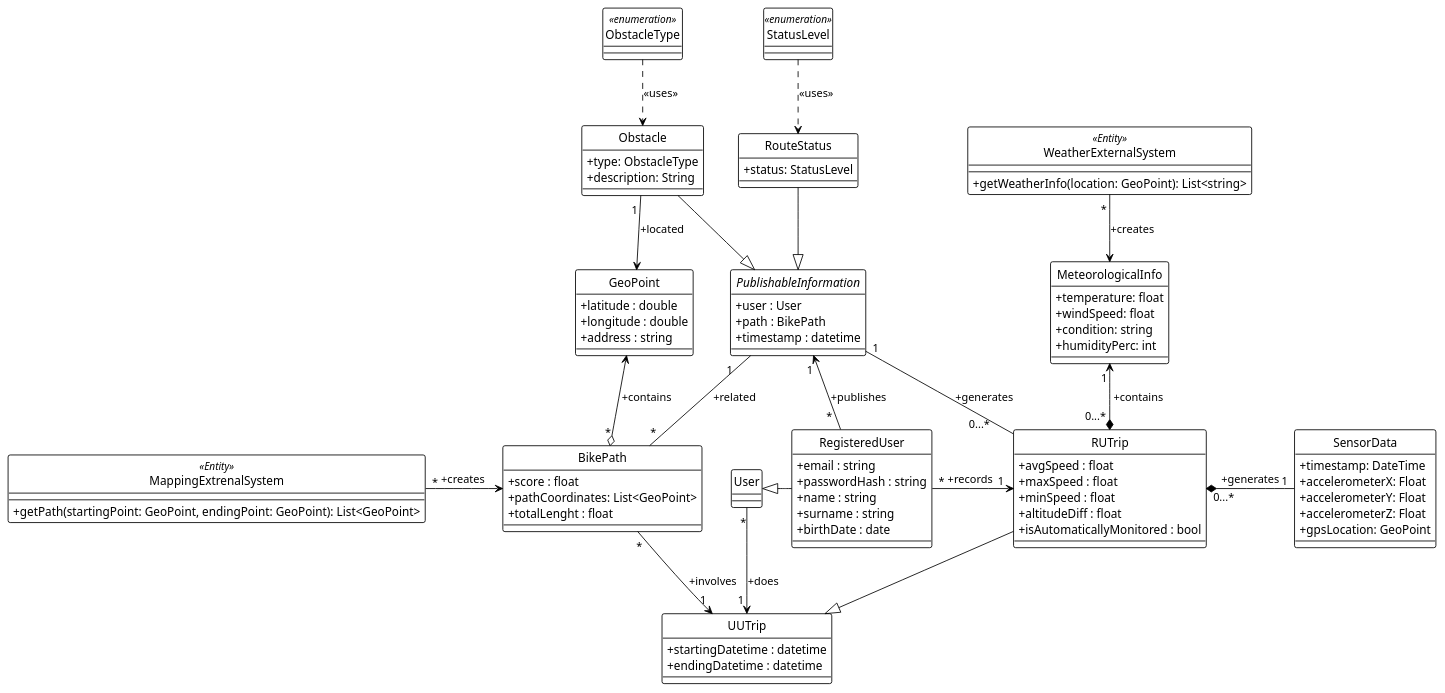
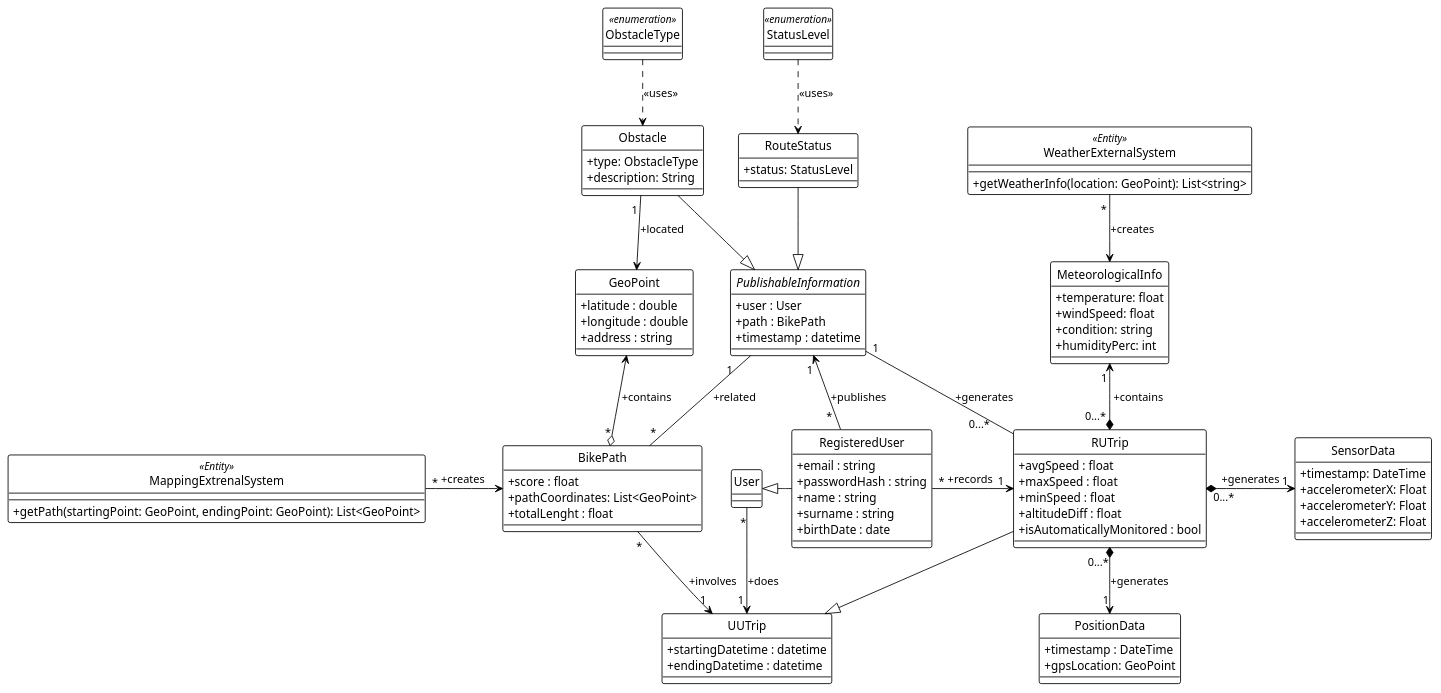
One commit to Guflie/PoliMi-SWE2-RDD-project changed the diagram in diagrams/class_diagram.puml. Above: the diagram before and after it, drawn with PlantUML. The commit also changed 1 other file, not shown here.

Commit message:
[RASD] Update Domain Class Diagram

```diff
--- a/diagrams/class_diagram.puml
+++ b/diagrams/class_diagram.puml
@@ -1,128 +1,133 @@
 @startuml domain_class_diagram
 !theme plain
 
 ' switch to std UML notation for visibility
 skinparam classAttributeIconSize 0
 
 
 hide circle
 
 ' --- Abstract Class ---
 abstract class "PublishableInformation" as pi {
 + user : User
 + path : BikePath
 + timestamp : datetime 
 }
 
 ' --- Enumerations ---
 ' I dont' know if giving this effort on classifyng the cases is woth or not
 enum "ObstacleType" as ot << enumeration >> { }
 
 ' Same thing as before
 enum "StatusLevel" as sl << enumeration >> { }
 
 ' --- Classes ---
 class "GeoPoint" as gp {
 + latitude : double
 + longitude : double
 + address : string
 }
 
 class "User" as u { }
 
 class "RegisteredUser" as ru {
 + email : string
 + passwordHash : string
 + name : string
 + surname : string
 + birthDate : date
 }
 
 class "RUTrip" as rut {
 + avgSpeed : float
 + maxSpeed : float
 + minSpeed : float
 + altitudeDiff : float
 + isAutomaticallyMonitored : bool
 }
 
 class "UUTrip" as ut {
 + startingDatetime : datetime
 + endingDatetime : datetime
 }
 
 class "MeteorologicalInfo" as mi {
 + temperature: float 
 + windSpeed: float
 + condition: string
 + humidityPerc: int
 }
 
 class "SensorData" as sd {
 + timestamp: DateTime
 + accelerometerX: Float
 + accelerometerY: Float
 + accelerometerZ: Float
+}
+
+class "PositionData" as pd {
++timestamp : DateTime
 + gpsLocation: GeoPoint
 }
 
 class "BikePath" as bp {
 + score : float
 + pathCoordinates: List<GeoPoint>
 + totalLenght : float
 }
 
 class "Obstacle" as o {
 + type: ObstacleType
 + description: String
 }
 
 class "RouteStatus" as rs {
 + status: StatusLevel
 }
 
 entity "MappingExtrenalSystem" as ms << Entity >>{
 + getPath(startingPoint: GeoPoint, endingPoint: GeoPoint): List<GeoPoint>
 }
 
 entity "WeatherExternalSystem" as ws << Entity >> {
 + getWeatherInfo(location: GeoPoint): List<string>
 }
 
 ' --- Relationships ---
 ' Following relationships are listed in this way in order to make the diagram clearer
 
 ms "*" ->  bp : "+creates "
 
 
 bp "*" --> " 1" ut : "+involves "
 
 rut --|> ut
 
 u "*" --> "1 " ut : "+does"
 
 ru "*" -> "1 " rut : "+records  "
 
 u <|- ru
 
 pi "1    " -- "*" bp : "+related"
 
 pi "1" -- "0...*      " rut : "+generates"
 
 gp <--o "*" bp : "+contains"
 
 rs --|> pi
 o --|> pi
 
 sl ..> rs : <<uses>>
 ot ..> o : <<uses>>
 
 o "1 " --> gp : "+located"
 
 pi "1 " <-- " *  " ru : "+publishes"
 
 mi "1 " <--* "0...* " rut : " +contains"
 ws " * " --> mi : "+creates"
-rut "0...*" *- "  1" sd : "+generates"
+rut "0...*" *-> "  1" sd : "+generates"
+rut "0...*" *--> "  1" pd : "+generates"
 
 @enduml
```
